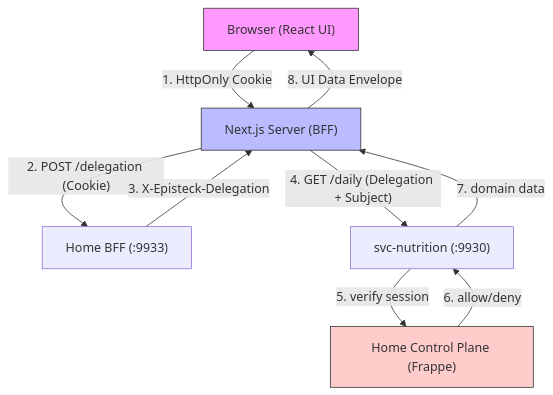
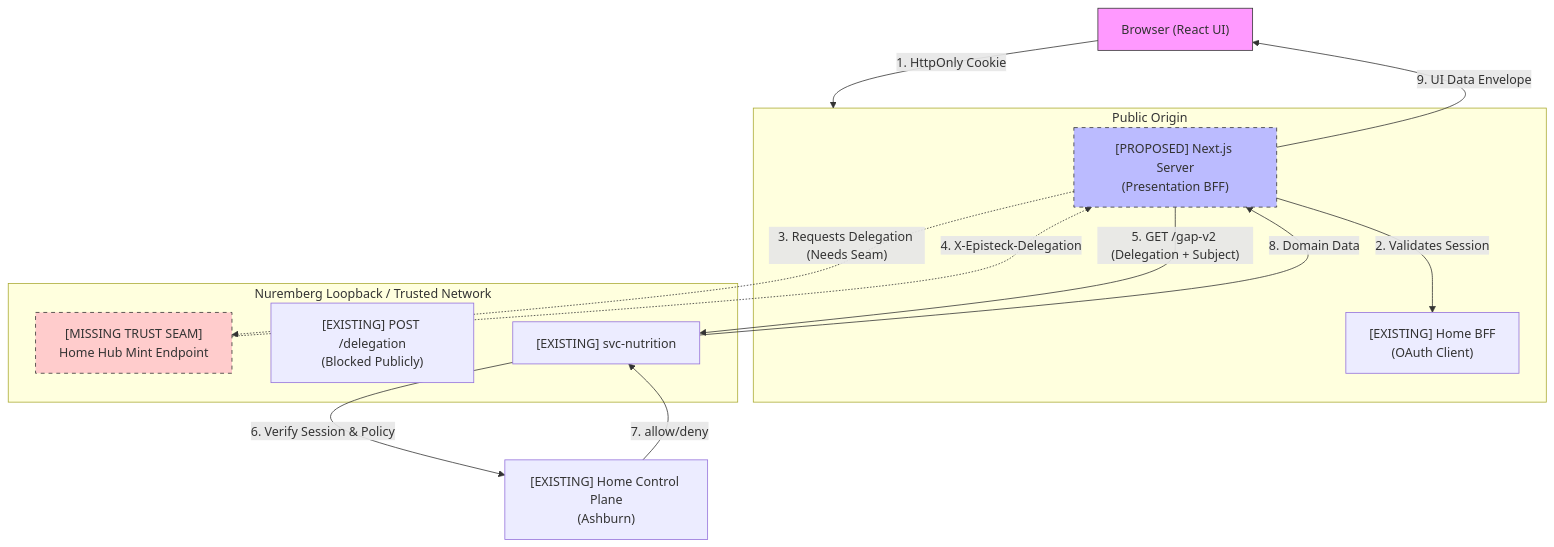
Before and after one commit to EKvargas/episteck_home: the diagram in docs/product/HOME_HUB_INTEGRATION_FOUNDATION.md, drawn with Mermaid. The commit also changed other lines of this file, not shown here.

Commit message:
docs: revise Home Hub Integration Foundation architecture plan based on review

````diff
--- a/docs/product/HOME_HUB_INTEGRATION_FOUNDATION.md
+++ b/docs/product/HOME_HUB_INTEGRATION_FOUNDATION.md
@@ -38,21 +30,31 @@
 ```mermaid
 flowchart TD
   Browser["Browser (React UI)"]
-  NextJS["Next.js Server (BFF)"]
-  HomeBFF["Home BFF (:9933)"]
-  ControlPlane["Home Control Plane (Frappe)"]
-  Nutrition["svc-nutrition (:9930)"]
+  
+  subgraph PublicBoundary["Public Origin"]
+    NextJS["[PROPOSED] Next.js Server<br/>(Presentation BFF)"]
+    HomeBFF["[EXISTING] Home BFF<br/>(OAuth Client)"]
+  end
+  
+  subgraph TrustedLocal["Nuremberg Loopback / Trusted Network"]
+    MintSeam["[MISSING TRUST SEAM]<br/>Home Hub Mint Endpoint"]
+    InternalDelegation["[EXISTING] POST /delegation<br/>(Blocked Publicly)"]
+    Nutrition["[EXISTING] svc-nutrition"]
+  end
+  
+  ControlPlane["[EXISTING] Home Control Plane<br/>(Ashburn)"]
 
-  Browser -- "1. HttpOnly Cookie" --> NextJS
-  NextJS -- "2. POST /delegation (Cookie)" --> HomeBFF
-  HomeBFF -- "3. X-Episteck-Delegation" --> NextJS
-  NextJS -- "4. GET /daily (Delegation + Subject)" --> Nutrition
-  Nutrition -- "5. verify session" --> ControlPlane
-  ControlPlane -- "6. allow/deny" --> Nutrition
-  Nutrition -- "7. domain data" --> NextJS
-  NextJS -- "8. UI Data Envelope" --> Browser
+  Browser -- "1. HttpOnly Cookie" --> PublicBoundary
+  NextJS -- "2. Validates Session" --> HomeBFF
+  NextJS -. "3. Requests Delegation (Needs Seam)" .-> MintSeam
+  MintSeam -. "4. X-Episteck-Delegation" .-> NextJS
+  NextJS -- "5. GET /gap-v2 (Delegation + Subject)" --> Nutrition
+  Nutrition -- "6. Verify Session & Policy" --> ControlPlane
+  ControlPlane -- "7. allow/deny" --> Nutrition
+  Nutrition -- "8. Domain Data" --> NextJS
+  NextJS -- "9. UI Data Envelope" --> Browser
 
   style Browser fill:#f9f,stroke:#333
-  style NextJS fill:#bbf,stroke:#333
-  style ControlPlane fill:#fcc,stroke:#333
+  style NextJS stroke-dasharray: 5 5,fill:#bbf,stroke:#333
+  style MintSeam stroke-dasharray: 5 5,fill:#fcc,stroke:#333
 ```
````
